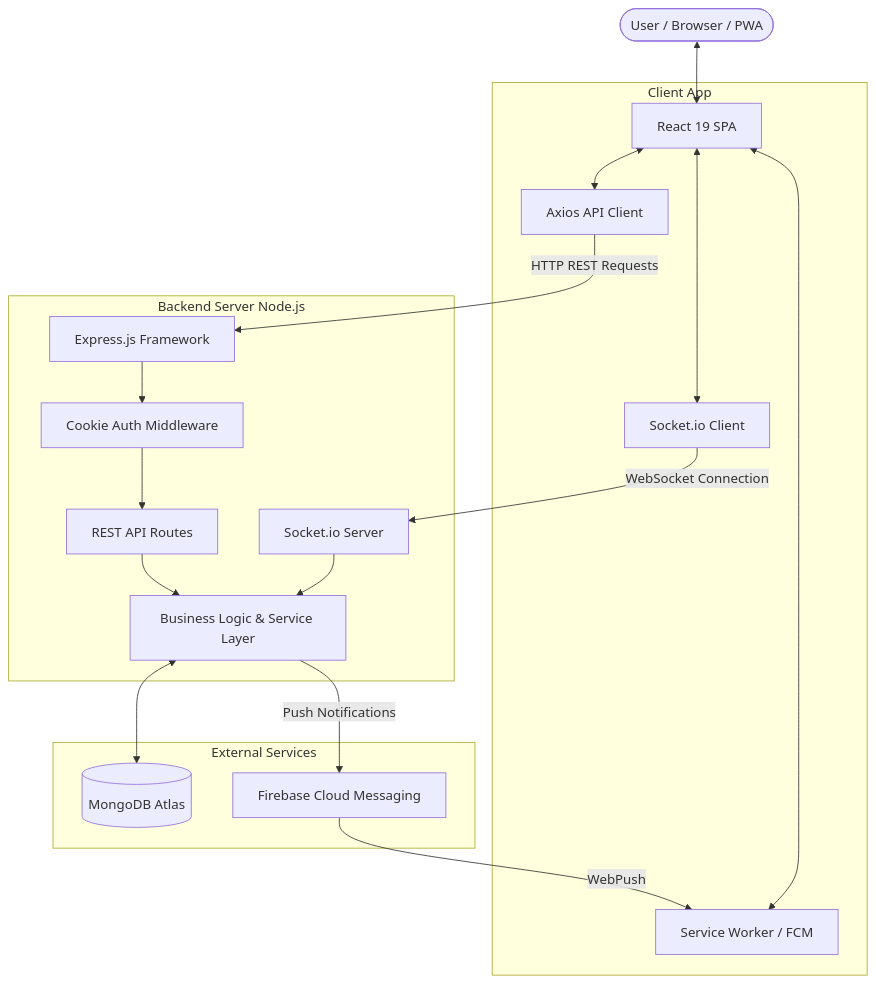
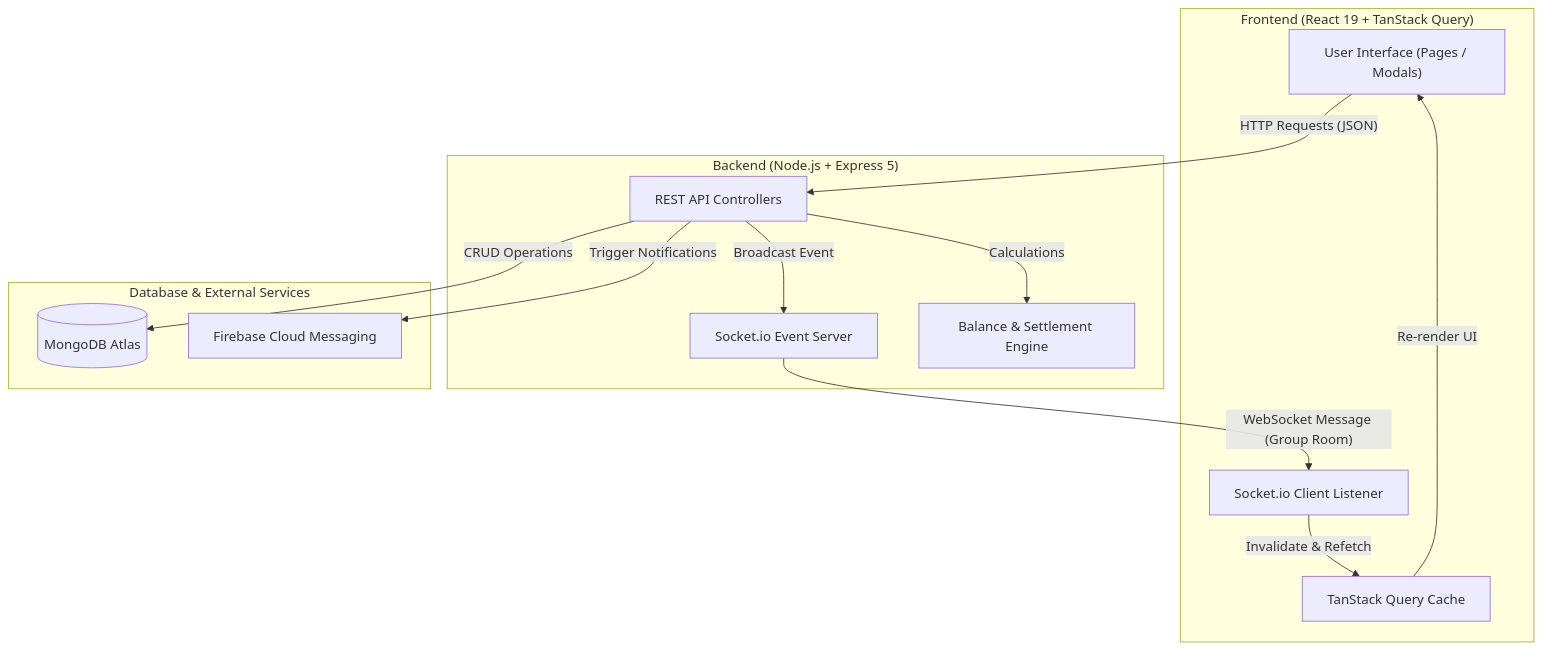
One commit to kapil-soni-exe/SplitX-App changed the diagram in README.md. Above: the diagram before and after it, drawn with Mermaid. The commit also changed other lines of this file, not shown here.

````diff
--- a/README.md
+++ b/README.md
@@ -33,38 +73,28 @@
 ```mermaid
-graph TD
-    User([User / Browser / PWA])
-    
-    subgraph Client App
-        React[React 19 SPA]
-        AxiosClient[Axios API Client]
-        SocketClient[Socket.io Client]
-        SW[Service Worker / FCM]
+flowchart TD
+    subgraph Client ["Frontend (React 19 + TanStack Query)"]
+        UI["User Interface (Pages / Modals)"]
+        SocketClient["Socket.io Client Listener"]
+        QueryCache["TanStack Query Cache"]
     end
 
-    subgraph Backend Server Node.js
-        ExpressApp[Express.js Framework]
-        AuthMW[Cookie Auth Middleware]
-        HTTPRoutes[REST API Routes]
-        SocketServer[Socket.io Server]
-        Services[Business Logic & Service Layer]
+    subgraph Backend ["Backend (Node.js + Express 5)"]
+        API["REST API Controllers"]
+        SocketServer["Socket.io Event Server"]
+        CalcEngine["Balance & Settlement Engine"]
     end
 
-    subgraph External Services
+    subgraph Database ["Database & External Services"]
         MongoDB[(MongoDB Atlas)]
-        FCM[Firebase Cloud Messaging]
+        FCM["Firebase Cloud Messaging"]
     end
 
-    User <--> React
-    React <--> AxiosClient
-    React <--> SocketClient
-    React <--> SW
-    AxiosClient -- HTTP REST Requests --> ExpressApp
-    SocketClient -- WebSocket Connection --> SocketServer
-    ExpressApp --> AuthMW
-    AuthMW --> HTTPRoutes
-    HTTPRoutes --> Services
-    SocketServer --> Services
-    Services <--> MongoDB
-    Services -- Push Notifications --> FCM
-    FCM -- WebPush --> SW
+    UI -->|"HTTP Requests (JSON)"| API
+    API -->|"CRUD Operations"| MongoDB
+    API -->|"Calculations"| CalcEngine
+    API -->|"Trigger Notifications"| FCM
+    API -->|"Broadcast Event"| SocketServer
+    SocketServer -->|"WebSocket Message (Group Room)"| SocketClient
+    SocketClient -->|"Invalidate & Refetch"| QueryCache
+    QueryCache -->|"Re-render UI"| UI
 ```
````
